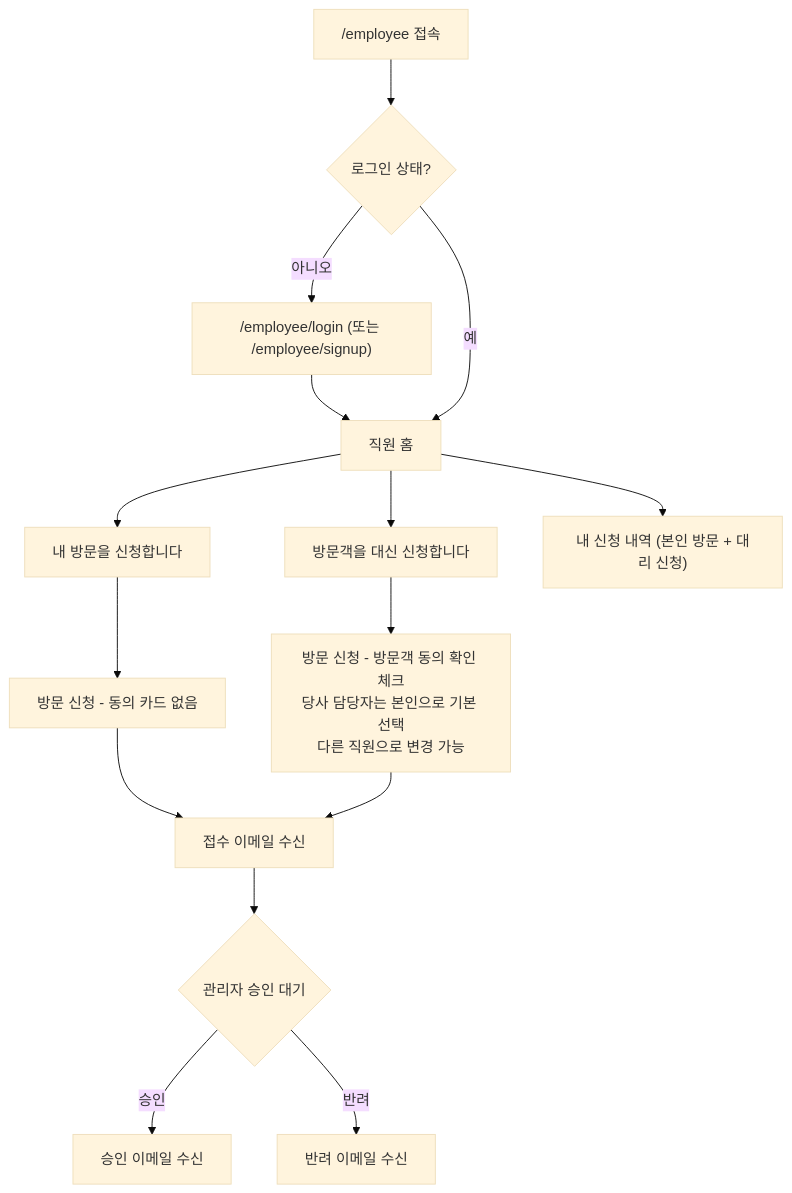
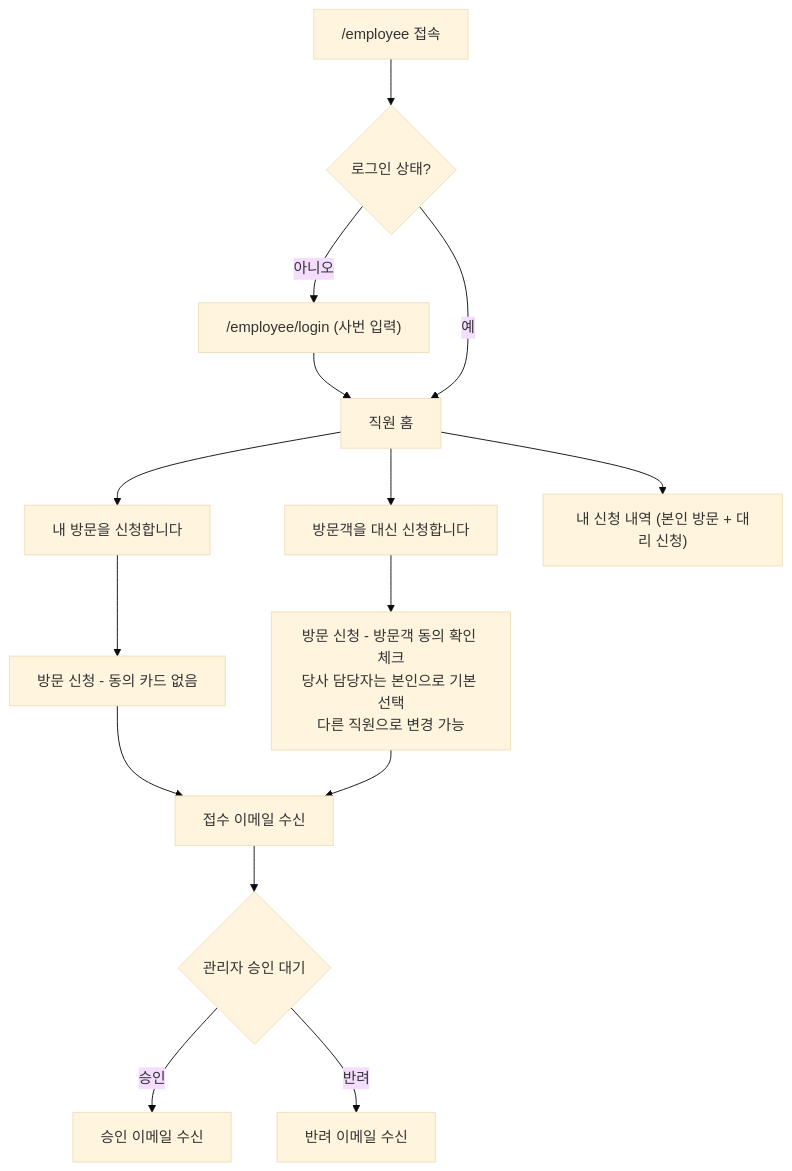
The second of 5 diagrams in README.md (leejyeone/ParkingSystem), drawn with Mermaid (base theme) before and after one commit. The commit also changed other lines of this file and 39 other files, not shown here.

````diff
--- a/README.md
+++ b/README.md
@@ -217,17 +217,17 @@
 ```mermaid
 flowchart TD
     A["/employee 접속"] --> B{로그인 상태?}
-    B -->|아니오| C["/employee/login (또는 /employee/signup)"]
+    B -->|아니오| C["/employee/login (사번 입력)"]
     C --> D[직원 홈]
     B -->|예| D
     D --> E["내 방문을 신청합니다"]
     D --> F["방문객을 대신 신청합니다"]
     E --> G[방문 신청 - 동의 카드 없음]
     F --> H[방문 신청 - 방문객 동의 확인 체크<br/>당사 담당자는 본인으로 기본 선택<br/>다른 직원으로 변경 가능]
     G --> I[접수 이메일 수신]
     H --> I
     I --> J{관리자 승인 대기}
     J -->|승인| K[승인 이메일 수신]
     J -->|반려| L[반려 이메일 수신]
     D --> M["내 신청 내역 (본인 방문 + 대리 신청)"]
 ```
````
